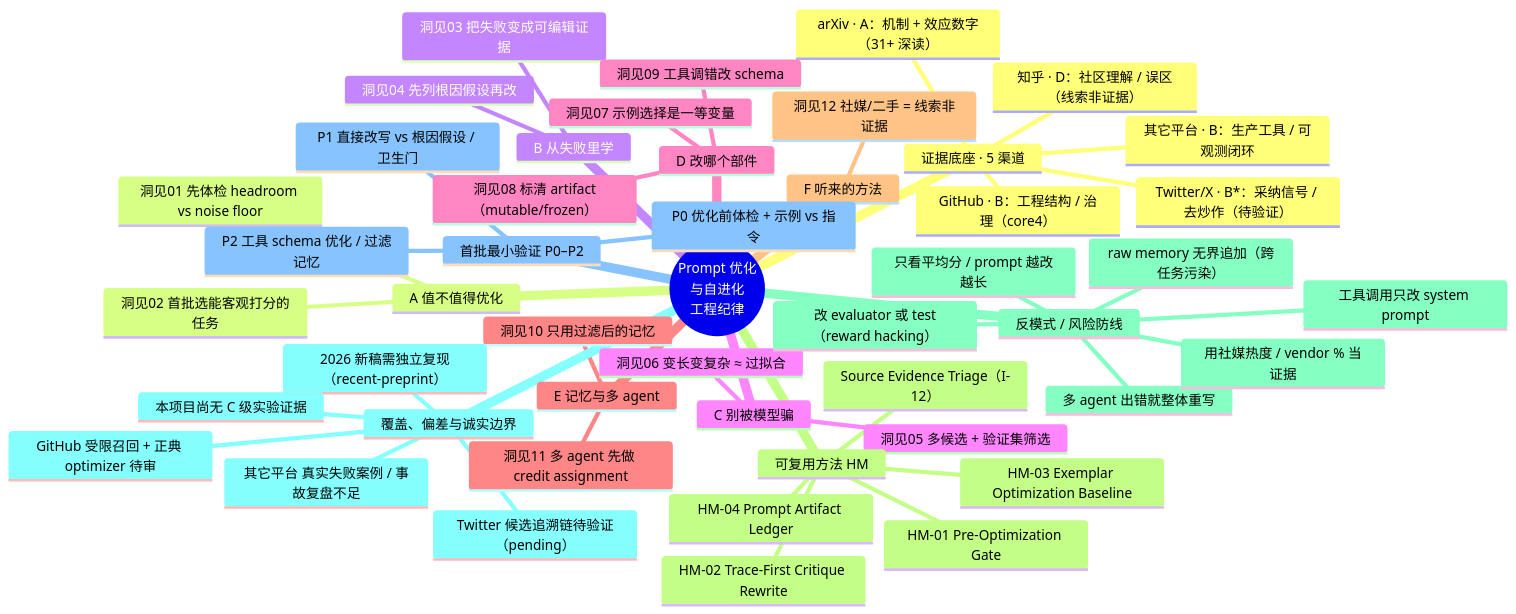
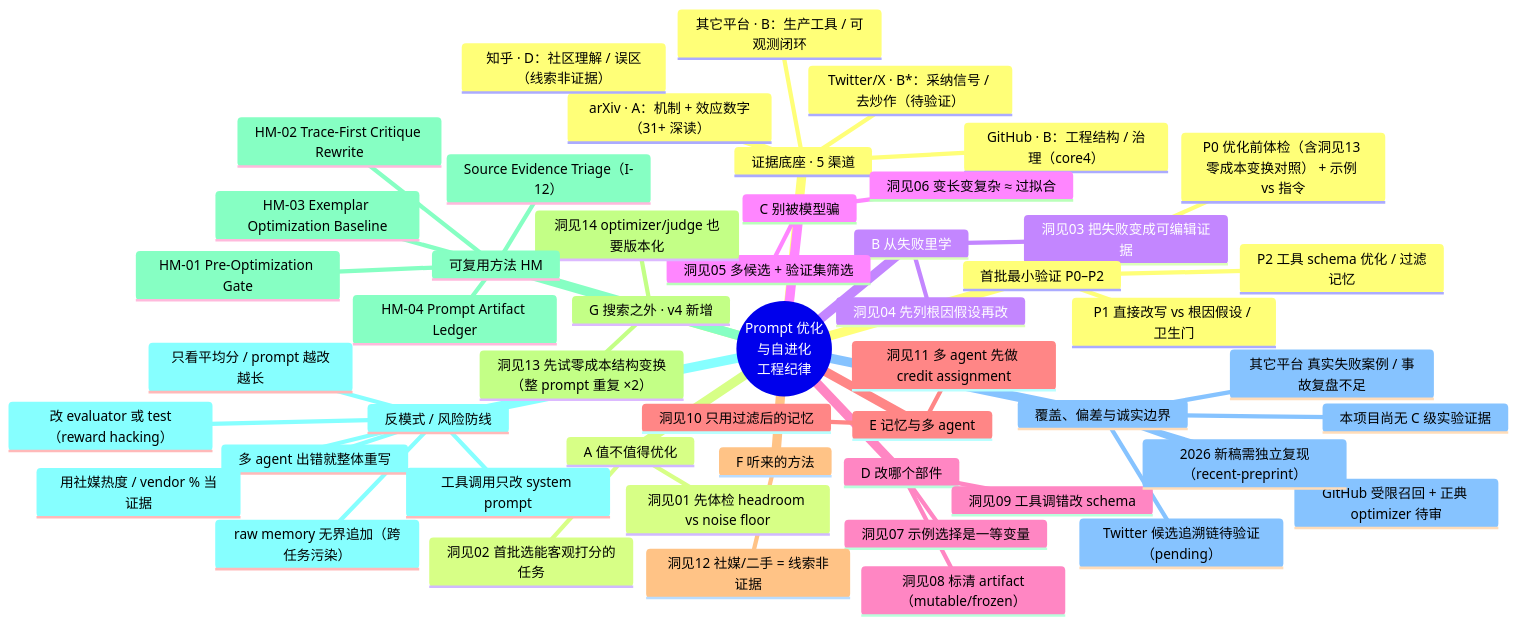
Before and after one commit to Skyseezhang321/prompt_evolution: the first of 3 diagrams in docs/prompt_evolution_mindmap_20260610.md, drawn with Mermaid. The commit also changed other lines of this file and 6 other files, not shown here.

First line of the commit message:
docs: 洞见 13/14 下游同步（统一目录 I-13/I-14 + 手册 Part G + 脑图 G 组 + v4 footer 闭环）

````diff
--- a/docs/prompt_evolution_mindmap_20260610.md
+++ b/docs/prompt_evolution_mindmap_20260610.md
@@ -13,51 +13,54 @@
 ```mermaid
 mindmap
   root((Prompt 优化<br/>与自进化<br/>工程纪律))
     证据底座 · 5 渠道
       arXiv · A：机制 + 效应数字（31+ 深读）
       GitHub · B：工程结构 / 治理（core4）
       其它平台 · B：生产工具 / 可观测闭环
       Twitter/X · B*：采纳信号 / 去炒作（待验证）
       知乎 · D：社区理解 / 误区（线索非证据）
     A 值不值得优化
       洞见01 先体检 headroom vs noise floor
       洞见02 首批选能客观打分的任务
     B 从失败里学
       洞见03 把失败变成可编辑证据
       洞见04 先列根因假设再改
     C 别被模型骗
       洞见05 多候选 + 验证集筛选
       洞见06 变长变复杂 ≈ 过拟合
     D 改哪个部件
       洞见07 示例选择是一等变量
       洞见08 标清 artifact（mutable/frozen）
       洞见09 工具调错改 schema
     E 记忆与多 agent
       洞见10 只用过滤后的记忆
       洞见11 多 agent 先做 credit assignment
     F 听来的方法
       洞见12 社媒/二手 = 线索非证据
+    G 搜索之外 · v4 新增
+      洞见13 先试零成本结构变换（整 prompt 重复 ×2）
+      洞见14 optimizer/judge 也要版本化
     可复用方法 HM
       HM-01 Pre-Optimization Gate
       HM-02 Trace-First Critique Rewrite
       HM-03 Exemplar Optimization Baseline
       HM-04 Prompt Artifact Ledger
       Source Evidence Triage（I-12）
     反模式 / 风险防线
       只看平均分 / prompt 越改越长
       改 evaluator 或 test（reward hacking）
       raw memory 无界追加（跨任务污染）
       多 agent 出错就整体重写
       用社媒热度 / vendor % 当证据
       工具调用只改 system prompt
     覆盖、偏差与诚实边界
       GitHub 受限召回 + 正典 optimizer 待审
       其它平台 真实失败案例 / 事故复盘不足
       Twitter 候选追溯链待验证（pending）
       2026 新稿需独立复现（recent-preprint）
       本项目尚无 C 级实验证据
     首批最小验证 P0–P2
-      P0 优化前体检 + 示例 vs 指令
+      P0 优化前体检（含洞见13 零成本变换对照） + 示例 vs 指令
       P1 直接改写 vs 根因假设 / 卫生门
       P2 工具 schema 优化 / 过滤记忆
 ```
````
